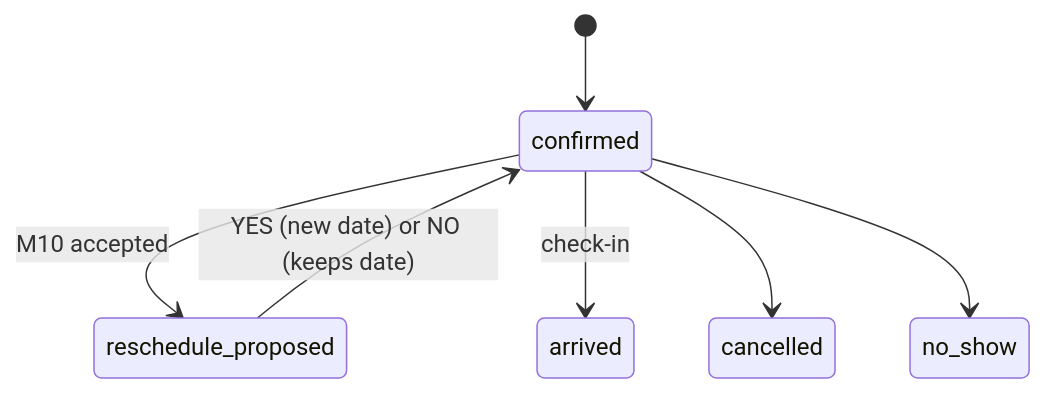
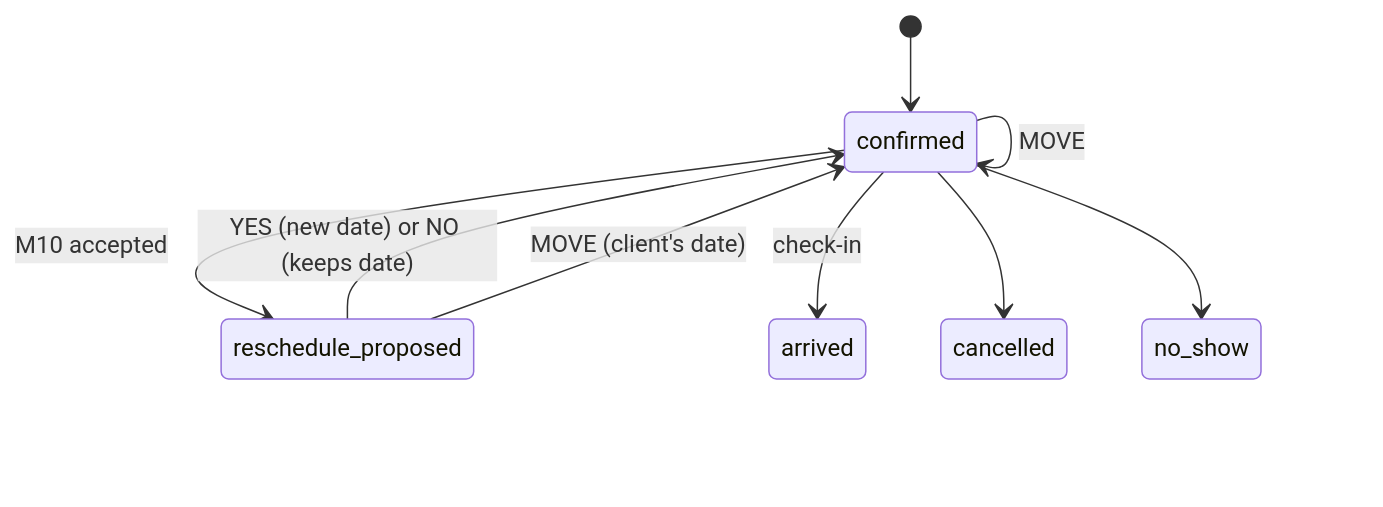
The fourth of 4 diagrams in TRD.md (andrianllmm/hack-iloilo), drawn with Mermaid before and after one commit. The commit also changed other lines of this file and 7 other files, not shown here.

Commit message:
feat(booking): add MOVE command to reschedule by SMS

````diff
--- a/TRD.md
+++ b/TRD.md
@@ -200,9 +201,11 @@
 ```mermaid
 stateDiagram-v2
   [*] --> confirmed
   confirmed --> reschedule_proposed: M10 accepted
   reschedule_proposed --> confirmed: YES (new date) or NO (keeps date)
+  reschedule_proposed --> confirmed: MOVE (client's date)
+  confirmed --> confirmed: MOVE
   confirmed --> arrived: check-in
   confirmed --> cancelled
   confirmed --> no_show
 ```
````
